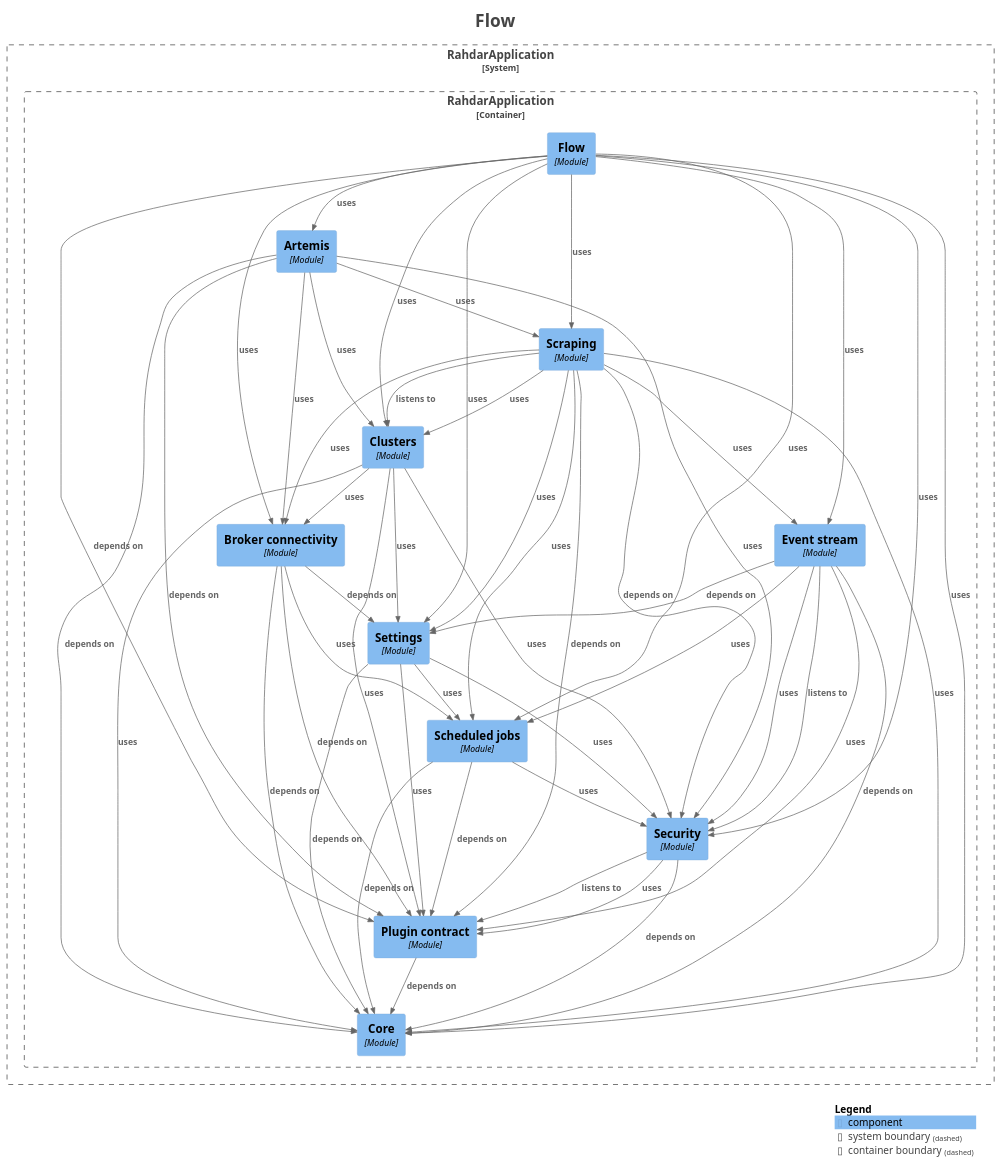
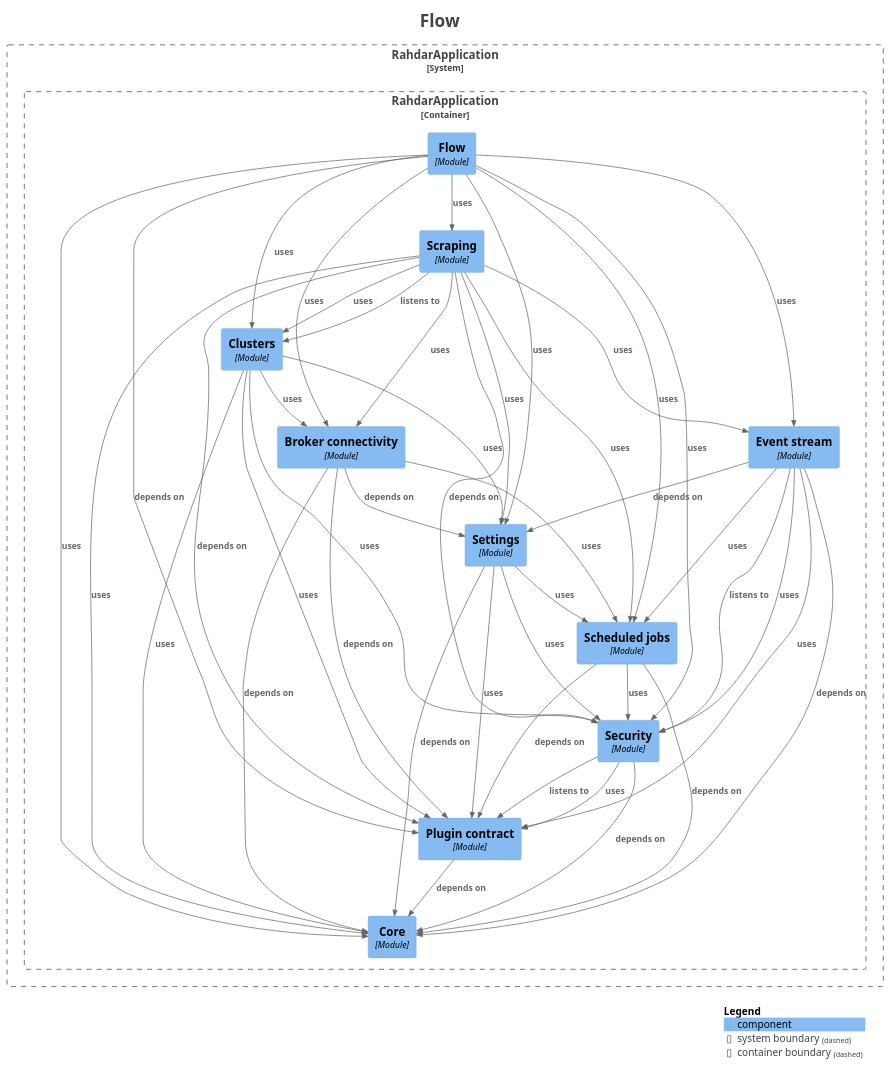
One commit to sudoitir/rahdar changed the diagram in docs/modules/module-feature.flow.puml. Above: the diagram before and after it, drawn with PlantUML. The commit also changed 63 other files, not shown here.

First line of the commit message:
refactor(broker): move taps, transfer staging and flow sampling behind system extensions

```diff
--- a/docs/modules/module-feature.flow.puml
+++ b/docs/modules/module-feature.flow.puml
@@ -1,89 +1,81 @@
 @startuml
 title <size:24>Flow</size>
 
 set separator none
 top to bottom direction
 
 <style>
   root {
     BackgroundColor: #ffffff
     FontColor: #444444
   }
 </style>
 
 !include <C4/C4>
 !include <C4/C4_Context>
 !include <C4/C4_Component>
 
 System_Boundary("RahdarApplication_boundary", "RahdarApplication", $tags="") {
   Container_Boundary("RahdarApplication.RahdarApplication_boundary", "RahdarApplication", $tags="") {
-    Component(RahdarApplication.RahdarApplication.Artemis, "Artemis", $techn="Module", $descr="", $tags="", $link="")
     Component(RahdarApplication.RahdarApplication.Brokerconnectivity, "Broker connectivity", $techn="Module", $descr="", $tags="", $link="")
     Component(RahdarApplication.RahdarApplication.Clusters, "Clusters", $techn="Module", $descr="", $tags="", $link="")
     Component(RahdarApplication.RahdarApplication.Core, "Core", $techn="Module", $descr="", $tags="", $link="")
     Component(RahdarApplication.RahdarApplication.Eventstream, "Event stream", $techn="Module", $descr="", $tags="", $link="")
     Component(RahdarApplication.RahdarApplication.Flow, "Flow", $techn="Module", $descr="", $tags="", $link="")
     Component(RahdarApplication.RahdarApplication.Plugincontract, "Plugin contract", $techn="Module", $descr="", $tags="", $link="")
     Component(RahdarApplication.RahdarApplication.Scheduledjobs, "Scheduled jobs", $techn="Module", $descr="", $tags="", $link="")
     Component(RahdarApplication.RahdarApplication.Scraping, "Scraping", $techn="Module", $descr="", $tags="", $link="")
     Component(RahdarApplication.RahdarApplication.Security, "Security", $techn="Module", $descr="", $tags="", $link="")
     Component(RahdarApplication.RahdarApplication.Settings, "Settings", $techn="Module", $descr="", $tags="", $link="")
   }
 
 }
 
-Rel(RahdarApplication.RahdarApplication.Artemis, RahdarApplication.RahdarApplication.Brokerconnectivity, "uses", $techn="", $tags="", $link="")
-Rel(RahdarApplication.RahdarApplication.Artemis, RahdarApplication.RahdarApplication.Clusters, "uses", $techn="", $tags="", $link="")
-Rel(RahdarApplication.RahdarApplication.Artemis, RahdarApplication.RahdarApplication.Core, "depends on", $techn="", $tags="", $link="")
-Rel(RahdarApplication.RahdarApplication.Artemis, RahdarApplication.RahdarApplication.Plugincontract, "depends on", $techn="", $tags="", $link="")
-Rel(RahdarApplication.RahdarApplication.Artemis, RahdarApplication.RahdarApplication.Scraping, "uses", $techn="", $tags="", $link="")
-Rel(RahdarApplication.RahdarApplication.Artemis, RahdarApplication.RahdarApplication.Security, "uses", $techn="", $tags="", $link="")
 Rel(RahdarApplication.RahdarApplication.Brokerconnectivity, RahdarApplication.RahdarApplication.Core, "depends on", $techn="", $tags="", $link="")
 Rel(RahdarApplication.RahdarApplication.Brokerconnectivity, RahdarApplication.RahdarApplication.Plugincontract, "depends on", $techn="", $tags="", $link="")
 Rel(RahdarApplication.RahdarApplication.Brokerconnectivity, RahdarApplication.RahdarApplication.Scheduledjobs, "uses", $techn="", $tags="", $link="")
 Rel(RahdarApplication.RahdarApplication.Brokerconnectivity, RahdarApplication.RahdarApplication.Settings, "depends on", $techn="", $tags="", $link="")
 Rel(RahdarApplication.RahdarApplication.Clusters, RahdarApplication.RahdarApplication.Brokerconnectivity, "uses", $techn="", $tags="", $link="")
 Rel(RahdarApplication.RahdarApplication.Clusters, RahdarApplication.RahdarApplication.Core, "uses", $techn="", $tags="", $link="")
 Rel(RahdarApplication.RahdarApplication.Clusters, RahdarApplication.RahdarApplication.Plugincontract, "uses", $techn="", $tags="", $link="")
 Rel(RahdarApplication.RahdarApplication.Clusters, RahdarApplication.RahdarApplication.Security, "uses", $techn="", $tags="", $link="")
 Rel(RahdarApplication.RahdarApplication.Clusters, RahdarApplication.RahdarApplication.Settings, "uses", $techn="", $tags="", $link="")
 Rel(RahdarApplication.RahdarApplication.Eventstream, RahdarApplication.RahdarApplication.Core, "depends on", $techn="", $tags="", $link="")
 Rel(RahdarApplication.RahdarApplication.Eventstream, RahdarApplication.RahdarApplication.Plugincontract, "uses", $techn="", $tags="", $link="")
 Rel(RahdarApplication.RahdarApplication.Eventstream, RahdarApplication.RahdarApplication.Scheduledjobs, "uses", $techn="", $tags="", $link="")
 Rel(RahdarApplication.RahdarApplication.Eventstream, RahdarApplication.RahdarApplication.Security, "listens to", $techn="", $tags="", $link="")
 Rel(RahdarApplication.RahdarApplication.Eventstream, RahdarApplication.RahdarApplication.Security, "uses", $techn="", $tags="", $link="")
 Rel(RahdarApplication.RahdarApplication.Eventstream, RahdarApplication.RahdarApplication.Settings, "depends on", $techn="", $tags="", $link="")
-Rel(RahdarApplication.RahdarApplication.Flow, RahdarApplication.RahdarApplication.Artemis, "uses", $techn="", $tags="", $link="")
 Rel(RahdarApplication.RahdarApplication.Flow, RahdarApplication.RahdarApplication.Brokerconnectivity, "uses", $techn="", $tags="", $link="")
 Rel(RahdarApplication.RahdarApplication.Flow, RahdarApplication.RahdarApplication.Clusters, "uses", $techn="", $tags="", $link="")
 Rel(RahdarApplication.RahdarApplication.Flow, RahdarApplication.RahdarApplication.Core, "uses", $techn="", $tags="", $link="")
 Rel(RahdarApplication.RahdarApplication.Flow, RahdarApplication.RahdarApplication.Eventstream, "uses", $techn="", $tags="", $link="")
 Rel(RahdarApplication.RahdarApplication.Flow, RahdarApplication.RahdarApplication.Plugincontract, "depends on", $techn="", $tags="", $link="")
 Rel(RahdarApplication.RahdarApplication.Flow, RahdarApplication.RahdarApplication.Scheduledjobs, "uses", $techn="", $tags="", $link="")
 Rel(RahdarApplication.RahdarApplication.Flow, RahdarApplication.RahdarApplication.Scraping, "uses", $techn="", $tags="", $link="")
 Rel(RahdarApplication.RahdarApplication.Flow, RahdarApplication.RahdarApplication.Security, "uses", $techn="", $tags="", $link="")
 Rel(RahdarApplication.RahdarApplication.Flow, RahdarApplication.RahdarApplication.Settings, "uses", $techn="", $tags="", $link="")
 Rel(RahdarApplication.RahdarApplication.Plugincontract, RahdarApplication.RahdarApplication.Core, "depends on", $techn="", $tags="", $link="")
 Rel(RahdarApplication.RahdarApplication.Scheduledjobs, RahdarApplication.RahdarApplication.Core, "depends on", $techn="", $tags="", $link="")
 Rel(RahdarApplication.RahdarApplication.Scheduledjobs, RahdarApplication.RahdarApplication.Plugincontract, "depends on", $techn="", $tags="", $link="")
 Rel(RahdarApplication.RahdarApplication.Scheduledjobs, RahdarApplication.RahdarApplication.Security, "uses", $techn="", $tags="", $link="")
 Rel(RahdarApplication.RahdarApplication.Scraping, RahdarApplication.RahdarApplication.Brokerconnectivity, "uses", $techn="", $tags="", $link="")
 Rel(RahdarApplication.RahdarApplication.Scraping, RahdarApplication.RahdarApplication.Clusters, "listens to", $techn="", $tags="", $link="")
 Rel(RahdarApplication.RahdarApplication.Scraping, RahdarApplication.RahdarApplication.Clusters, "uses", $techn="", $tags="", $link="")
 Rel(RahdarApplication.RahdarApplication.Scraping, RahdarApplication.RahdarApplication.Core, "uses", $techn="", $tags="", $link="")
 Rel(RahdarApplication.RahdarApplication.Scraping, RahdarApplication.RahdarApplication.Eventstream, "uses", $techn="", $tags="", $link="")
 Rel(RahdarApplication.RahdarApplication.Scraping, RahdarApplication.RahdarApplication.Plugincontract, "depends on", $techn="", $tags="", $link="")
 Rel(RahdarApplication.RahdarApplication.Scraping, RahdarApplication.RahdarApplication.Scheduledjobs, "uses", $techn="", $tags="", $link="")
 Rel(RahdarApplication.RahdarApplication.Scraping, RahdarApplication.RahdarApplication.Security, "depends on", $techn="", $tags="", $link="")
 Rel(RahdarApplication.RahdarApplication.Scraping, RahdarApplication.RahdarApplication.Settings, "uses", $techn="", $tags="", $link="")
 Rel(RahdarApplication.RahdarApplication.Security, RahdarApplication.RahdarApplication.Core, "depends on", $techn="", $tags="", $link="")
 Rel(RahdarApplication.RahdarApplication.Security, RahdarApplication.RahdarApplication.Plugincontract, "listens to", $techn="", $tags="", $link="")
 Rel(RahdarApplication.RahdarApplication.Security, RahdarApplication.RahdarApplication.Plugincontract, "uses", $techn="", $tags="", $link="")
 Rel(RahdarApplication.RahdarApplication.Settings, RahdarApplication.RahdarApplication.Core, "depends on", $techn="", $tags="", $link="")
 Rel(RahdarApplication.RahdarApplication.Settings, RahdarApplication.RahdarApplication.Plugincontract, "uses", $techn="", $tags="", $link="")
 Rel(RahdarApplication.RahdarApplication.Settings, RahdarApplication.RahdarApplication.Scheduledjobs, "uses", $techn="", $tags="", $link="")
 Rel(RahdarApplication.RahdarApplication.Settings, RahdarApplication.RahdarApplication.Security, "uses", $techn="", $tags="", $link="")
 
 SHOW_LEGEND(true)
 hide stereotypes
 @enduml
```
